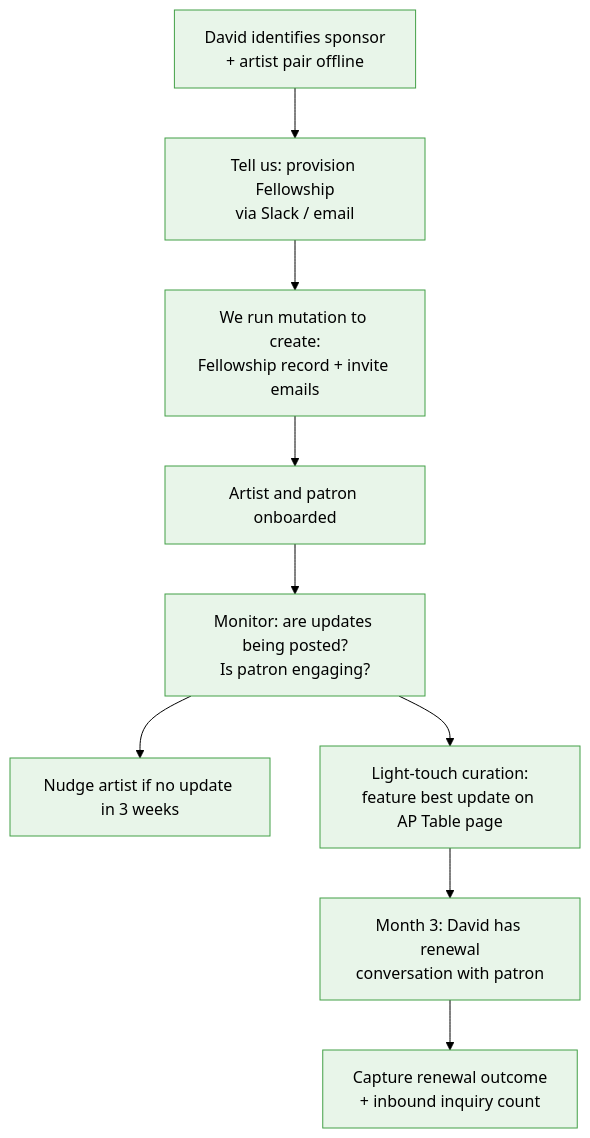
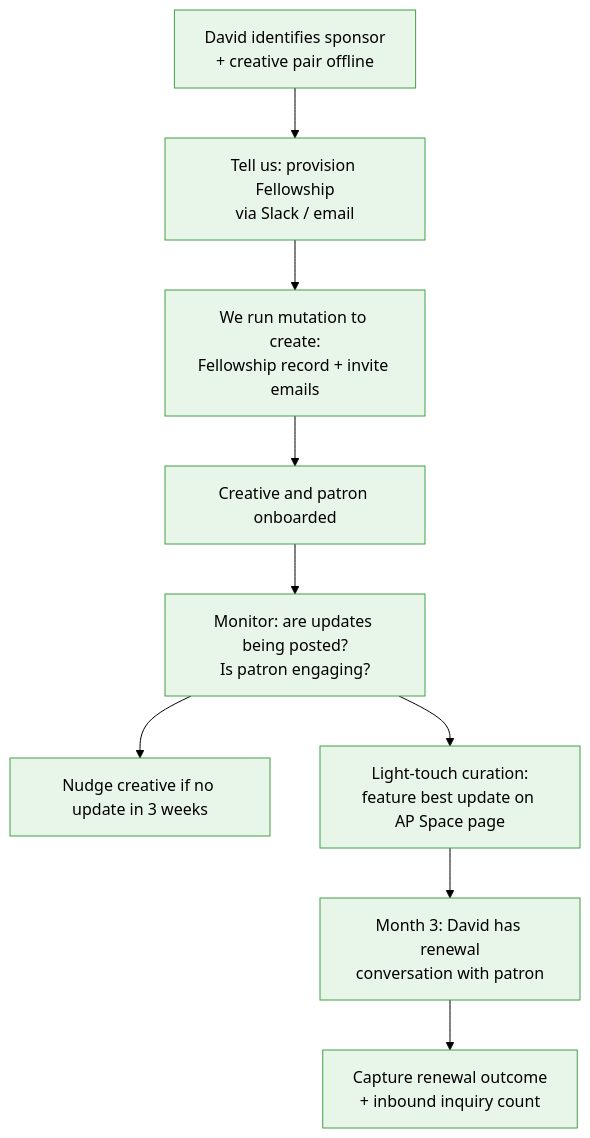
Before and after one commit to rockodragon/wonderwall: the fourth of 7 diagrams in docs/the-exchange-mvp.md, drawn with Mermaid (forest theme). The commit also changed other lines of this file and 7 other files, not shown here.

````diff
--- a/docs/the-exchange-mvp.md
+++ b/docs/the-exchange-mvp.md
@@ -159,13 +161,13 @@
 ```mermaid
 flowchart TB
     classDef tableop fill:#E8F5E9,stroke:#43A047,color:#000
-    T1[David identifies sponsor<br/>+ artist pair offline]:::tableop
+    T1[David identifies sponsor<br/>+ creative pair offline]:::tableop
     T1 --> T2[Tell us: provision Fellowship<br/>via Slack / email]:::tableop
     T2 --> T3[We run mutation to create:<br/>Fellowship record + invite emails]:::tableop
-    T3 --> T4[Artist and patron onboarded]:::tableop
+    T3 --> T4[Creative and patron onboarded]:::tableop
     T4 --> T5[Monitor: are updates being posted?<br/>Is patron engaging?]:::tableop
-    T5 --> T6[Nudge artist if no update in 3 weeks]:::tableop
-    T5 --> T7[Light-touch curation:<br/>feature best update on AP Table page]:::tableop
+    T5 --> T6[Nudge creative if no update in 3 weeks]:::tableop
+    T5 --> T7[Light-touch curation:<br/>feature best update on AP Space page]:::tableop
     T7 --> T8[Month 3: David has renewal<br/>conversation with patron]:::tableop
     T8 --> T9[Capture renewal outcome<br/>+ inbound inquiry count]:::tableop
 ```
````
